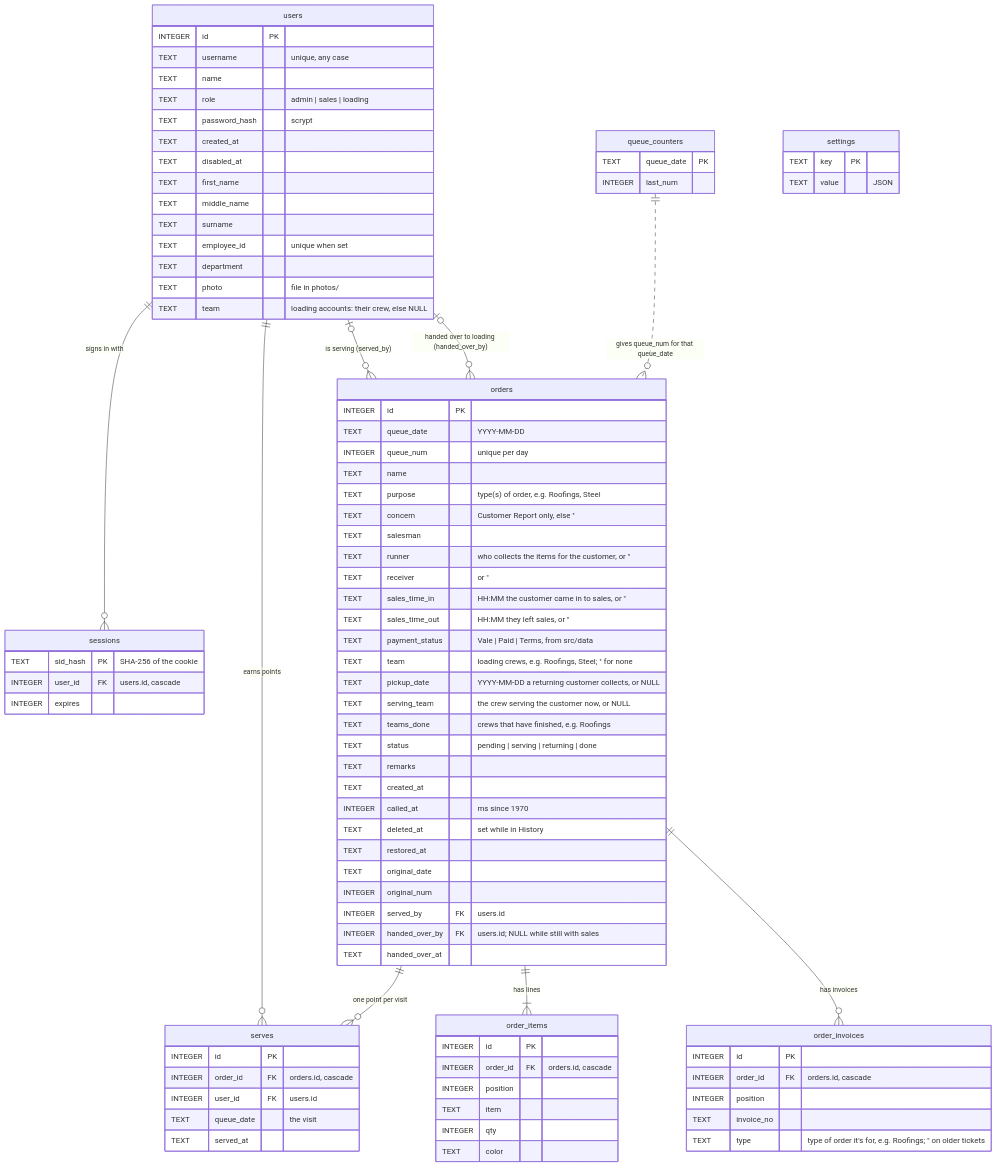
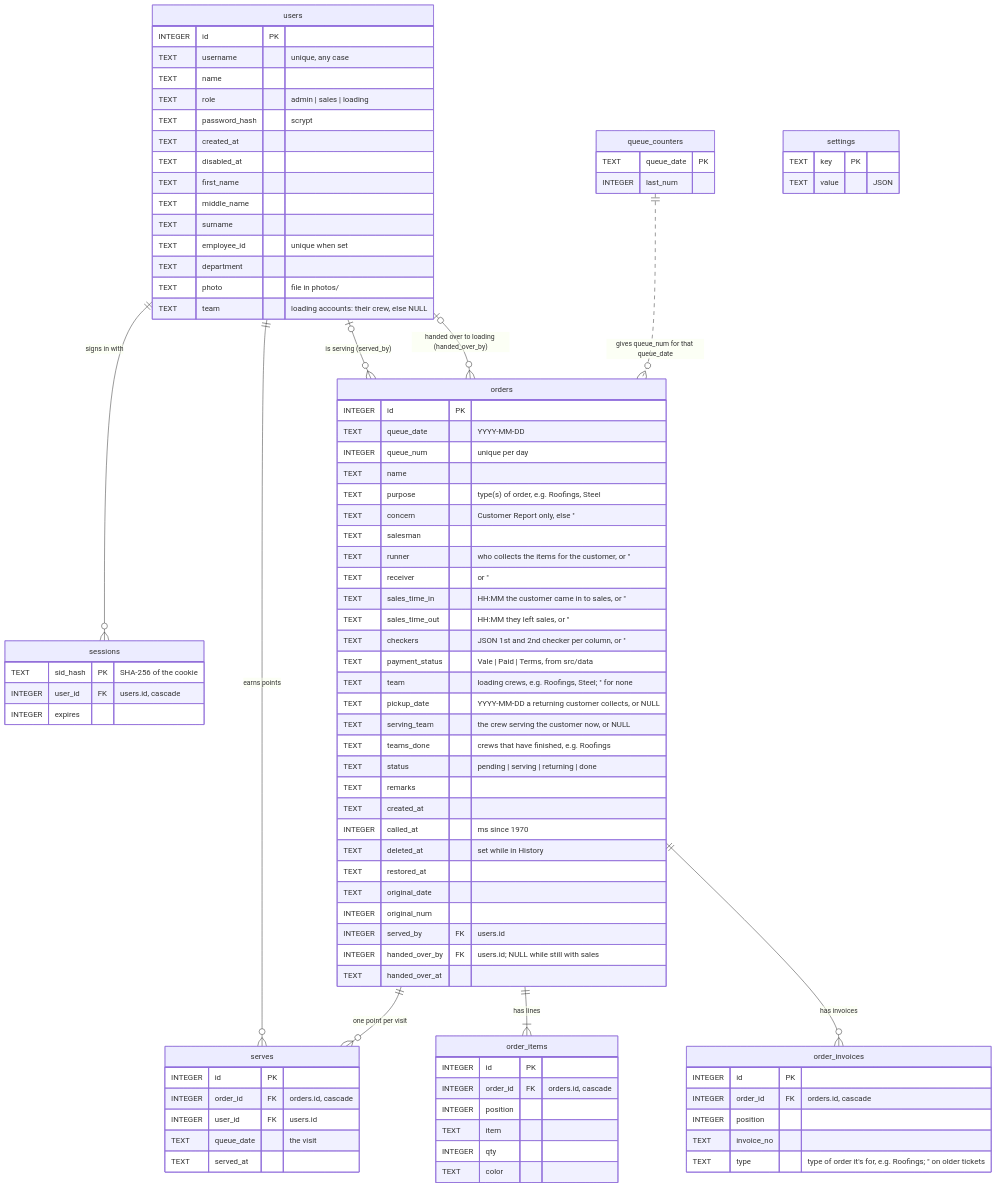
The second of 2 diagrams in DATABASE.md (gabrielgutz18/Sheehan-QMS), drawn with Mermaid before and after one commit. The commit also changed other lines of this file and 16 other files, not shown here.

```diff
--- a/DATABASE.md
+++ b/DATABASE.md
@@ -231,6 +232,7 @@
         TEXT receiver "or ''"
         TEXT sales_time_in "HH:MM the customer came in to sales, or ''"
         TEXT sales_time_out "HH:MM they left sales, or ''"
+        TEXT checkers "JSON 1st and 2nd checker per column, or ''"
         TEXT payment_status "Vale | Paid | Terms, from src/data"
         TEXT team "loading crews, e.g. Roofings, Steel; '' for none"
         TEXT pickup_date "YYYY-MM-DD a returning customer collects, or NULL"
```
